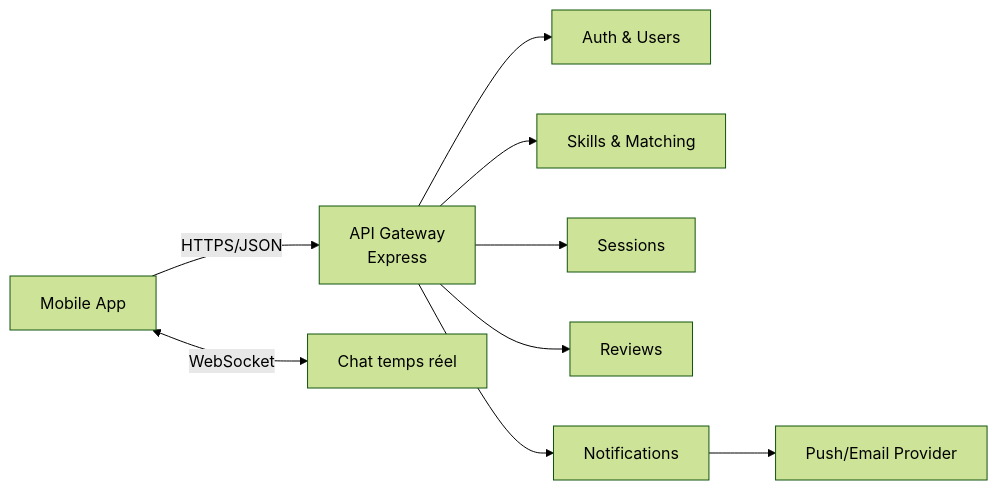
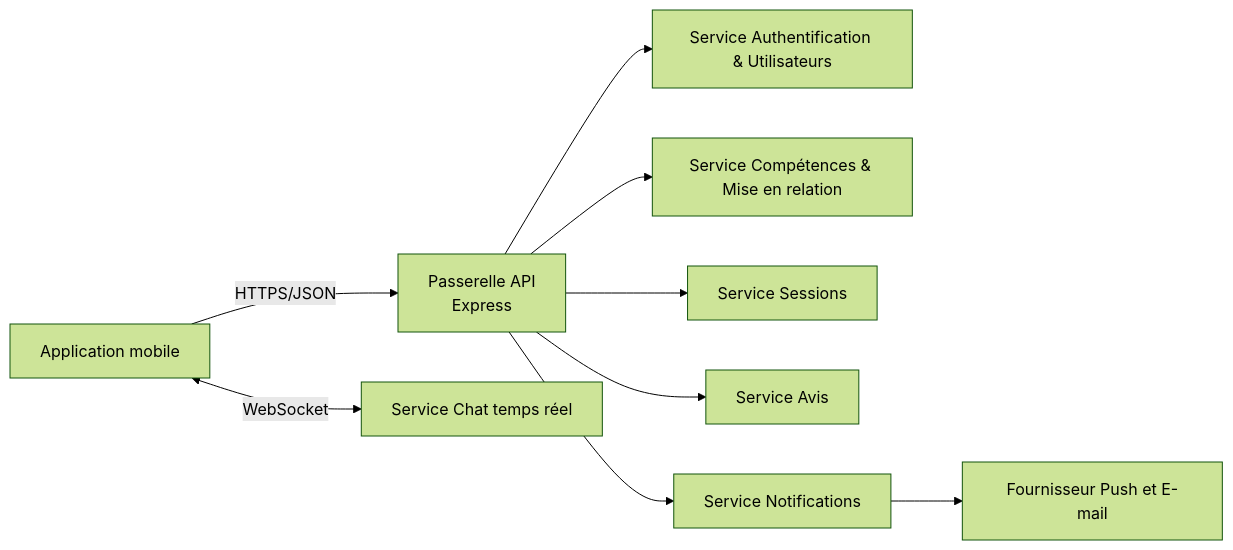
One commit to youcisla/SwapSkill changed the first of 8 diagrams in README.md. Above: the diagram before and after it, drawn with Mermaid (forest theme). The commit also changed other lines of this file, not shown here.

````diff
--- a/README.md
+++ b/README.md
@@ -36,11 +36,11 @@
 ```mermaid
 flowchart LR
-	UserApp[Mobile App] -- HTTPS/JSON --> APIGateway[API Gateway\nExpress]
-	APIGateway --> AuthService[Auth & Users]
-	APIGateway --> MatchingService[Skills & Matching]
-	APIGateway --> SessionService[Sessions]
-	APIGateway --> ReviewService[Reviews]
-	APIGateway --> NotificationService[Notifications]
-	UserApp <-- WebSocket --> ChatService[Chat temps réel]
-	NotificationService --> PushBroker[Push/Email Provider]
+	ApplicationMobile[Application mobile] -- HTTPS/JSON --> PasserelleAPI[Passerelle API\nExpress]
+	PasserelleAPI --> ServiceAuth[Service Authentification & Utilisateurs]
+	PasserelleAPI --> ServiceMiseEnRelation[Service Compétences & Mise en relation]
+	PasserelleAPI --> ServiceSession[Service Sessions]
+	PasserelleAPI --> ServiceAvis[Service Avis]
+	PasserelleAPI --> ServiceNotification[Service Notifications]
+	ApplicationMobile <-- WebSocket --> ServiceChat[Service Chat temps réel]
+	ServiceNotification --> FournisseurPush[Fournisseur Push et E-mail]
 ```
````
